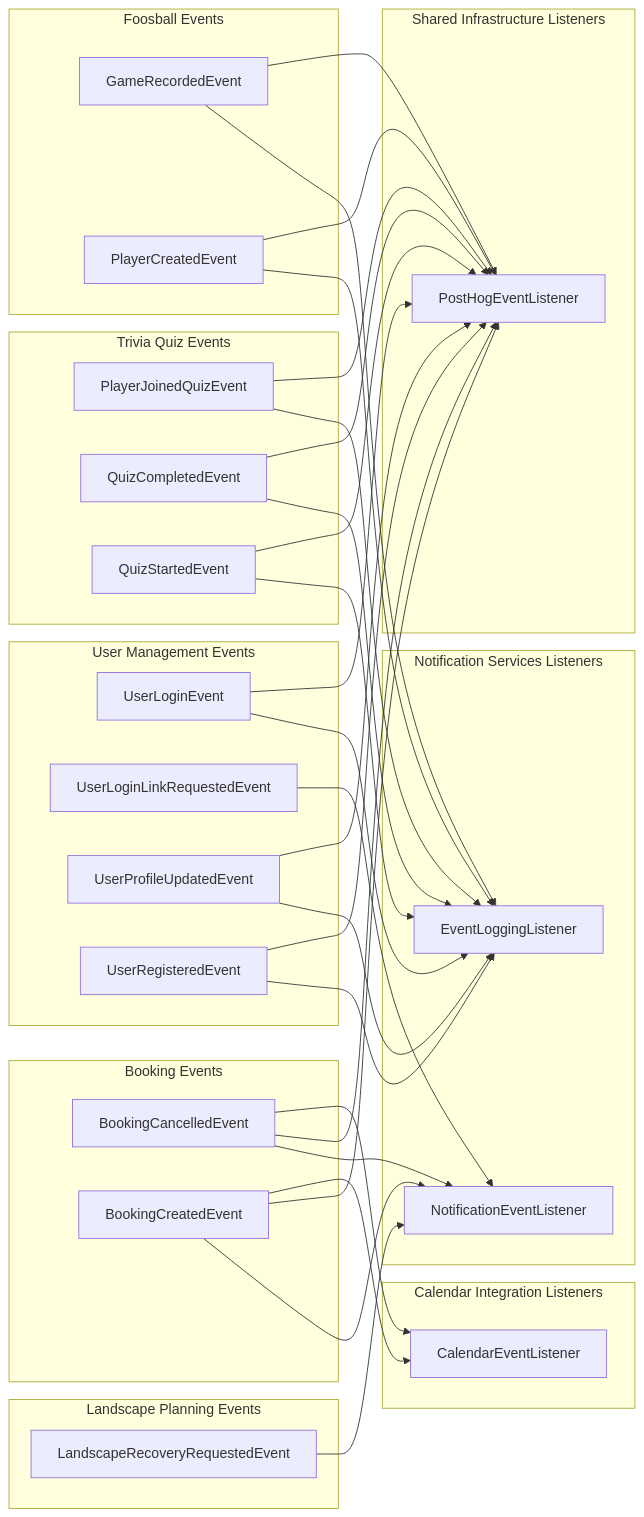
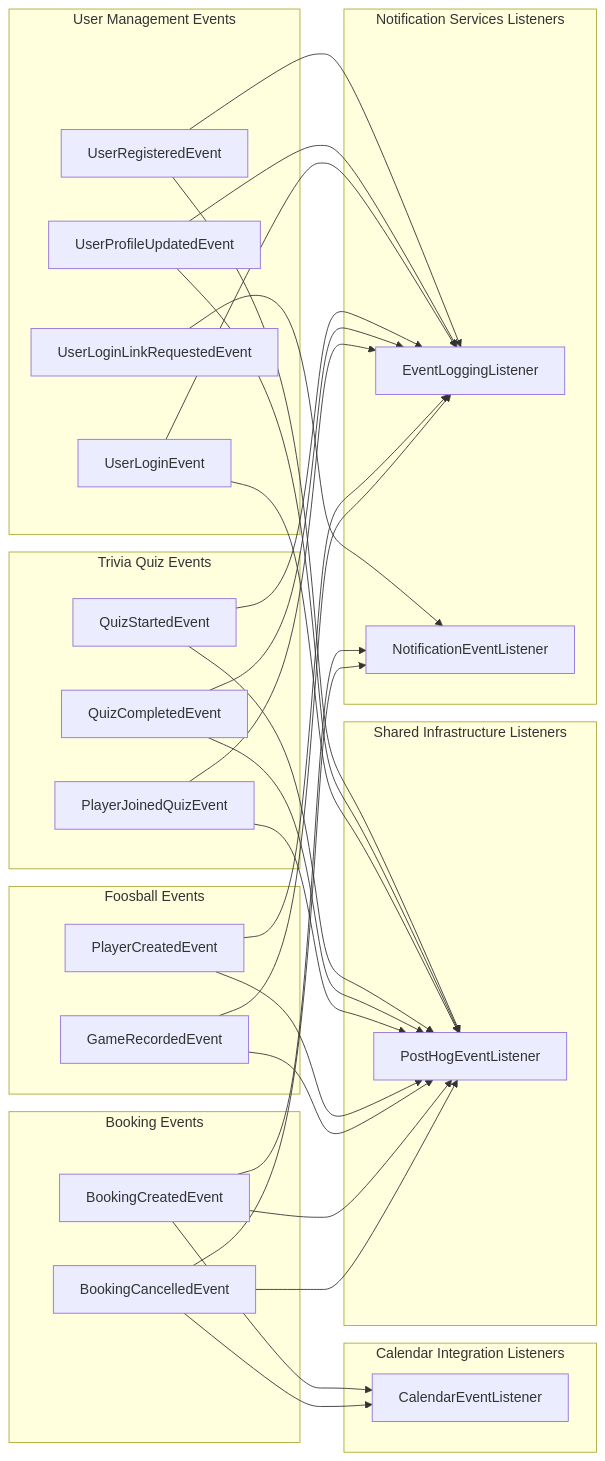
The diagram in docs/modulith-event-flow.md (SnapPetal/PersonalWeb), drawn with Mermaid before and after one commit. The commit also changed 18 other files, not shown here.

Commit message:
Require magic link authentication for landscape

````diff
--- a/docs/modulith-event-flow.md
+++ b/docs/modulith-event-flow.md
@@ -5,59 +5,55 @@
 ```mermaid
 flowchart LR
   subgraph Booking_events["Booking Events"]
     biz_thonbecker_personal_booking_api_BookingCancelledEvent["BookingCancelledEvent"]
     biz_thonbecker_personal_booking_api_BookingCreatedEvent["BookingCreatedEvent"]
   end
   subgraph Foosball_events["Foosball Events"]
     biz_thonbecker_personal_foosball_api_GameRecordedEvent["GameRecordedEvent"]
     biz_thonbecker_personal_foosball_api_PlayerCreatedEvent["PlayerCreatedEvent"]
-  end
-  subgraph Landscape_Planning_events["Landscape Planning Events"]
-    biz_thonbecker_personal_landscape_api_LandscapeRecoveryRequestedEvent["LandscapeRecoveryRequestedEvent"]
   end
   subgraph Trivia_Quiz_events["Trivia Quiz Events"]
     biz_thonbecker_personal_trivia_api_PlayerJoinedQuizEvent["PlayerJoinedQuizEvent"]
     biz_thonbecker_personal_trivia_api_QuizCompletedEvent["QuizCompletedEvent"]
     biz_thonbecker_personal_trivia_api_QuizStartedEvent["QuizStartedEvent"]
   end
   subgraph User_Management_events["User Management Events"]
     biz_thonbecker_personal_user_api_UserLoginEvent["UserLoginEvent"]
     biz_thonbecker_personal_user_api_UserLoginLinkRequestedEvent["UserLoginLinkRequestedEvent"]
     biz_thonbecker_personal_user_api_UserProfileUpdatedEvent["UserProfileUpdatedEvent"]
     biz_thonbecker_personal_user_api_UserRegisteredEvent["UserRegisteredEvent"]
   end
   subgraph Calendar_Integration_listeners["Calendar Integration Listeners"]
     biz_thonbecker_personal_calendar_platform_CalendarEventListener["CalendarEventListener"]
   end
   subgraph Notification_Services_listeners["Notification Services Listeners"]
     biz_thonbecker_personal_notification_api_EventLoggingListener["EventLoggingListener"]
     biz_thonbecker_personal_notification_api_NotificationEventListener["NotificationEventListener"]
   end
   subgraph Shared_Infrastructure_listeners["Shared Infrastructure Listeners"]
     biz_thonbecker_personal_shared_platform_service_PostHogEventListener["PostHogEventListener"]
   end
   biz_thonbecker_personal_booking_api_BookingCancelledEvent --> biz_thonbecker_personal_calendar_platform_CalendarEventListener
   biz_thonbecker_personal_booking_api_BookingCreatedEvent --> biz_thonbecker_personal_calendar_platform_CalendarEventListener
+  biz_thonbecker_personal_booking_api_BookingCancelledEvent --> biz_thonbecker_personal_notification_api_NotificationEventListener
+  biz_thonbecker_personal_booking_api_BookingCreatedEvent --> biz_thonbecker_personal_notification_api_NotificationEventListener
+  biz_thonbecker_personal_foosball_api_GameRecordedEvent --> biz_thonbecker_personal_notification_api_EventLoggingListener
+  biz_thonbecker_personal_foosball_api_PlayerCreatedEvent --> biz_thonbecker_personal_notification_api_EventLoggingListener
+  biz_thonbecker_personal_trivia_api_PlayerJoinedQuizEvent --> biz_thonbecker_personal_notification_api_EventLoggingListener
+  biz_thonbecker_personal_trivia_api_QuizCompletedEvent --> biz_thonbecker_personal_notification_api_EventLoggingListener
+  biz_thonbecker_personal_trivia_api_QuizStartedEvent --> biz_thonbecker_personal_notification_api_EventLoggingListener
+  biz_thonbecker_personal_user_api_UserLoginEvent --> biz_thonbecker_personal_notification_api_EventLoggingListener
+  biz_thonbecker_personal_user_api_UserProfileUpdatedEvent --> biz_thonbecker_personal_notification_api_EventLoggingListener
+  biz_thonbecker_personal_user_api_UserRegisteredEvent --> biz_thonbecker_personal_notification_api_EventLoggingListener
+  biz_thonbecker_personal_user_api_UserLoginLinkRequestedEvent --> biz_thonbecker_personal_notification_api_NotificationEventListener
   biz_thonbecker_personal_booking_api_BookingCancelledEvent --> biz_thonbecker_personal_shared_platform_service_PostHogEventListener
   biz_thonbecker_personal_booking_api_BookingCreatedEvent --> biz_thonbecker_personal_shared_platform_service_PostHogEventListener
   biz_thonbecker_personal_foosball_api_GameRecordedEvent --> biz_thonbecker_personal_shared_platform_service_PostHogEventListener
   biz_thonbecker_personal_foosball_api_PlayerCreatedEvent --> biz_thonbecker_personal_shared_platform_service_PostHogEventListener
   biz_thonbecker_personal_trivia_api_PlayerJoinedQuizEvent --> biz_thonbecker_personal_shared_platform_service_PostHogEventListener
   biz_thonbecker_personal_trivia_api_QuizCompletedEvent --> biz_thonbecker_personal_shared_platform_service_PostHogEventListener
   biz_thonbecker_personal_trivia_api_QuizStartedEvent --> biz_thonbecker_personal_shared_platform_service_PostHogEventListener
   biz_thonbecker_personal_user_api_UserLoginEvent --> biz_thonbecker_personal_shared_platform_service_PostHogEventListener
   biz_thonbecker_personal_user_api_UserProfileUpdatedEvent --> biz_thonbecker_personal_shared_platform_service_PostHogEventListener
   biz_thonbecker_personal_user_api_UserRegisteredEvent --> biz_thonbecker_personal_shared_platform_service_PostHogEventListener
-  biz_thonbecker_personal_booking_api_BookingCancelledEvent --> biz_thonbecker_personal_notification_api_NotificationEventListener
-  biz_thonbecker_personal_booking_api_BookingCreatedEvent --> biz_thonbecker_personal_notification_api_NotificationEventListener
-  biz_thonbecker_personal_foosball_api_GameRecordedEvent --> biz_thonbecker_personal_notification_api_EventLoggingListener
-  biz_thonbecker_personal_foosball_api_PlayerCreatedEvent --> biz_thonbecker_personal_notification_api_EventLoggingListener
-  biz_thonbecker_personal_landscape_api_LandscapeRecoveryRequestedEvent --> biz_thonbecker_personal_notification_api_NotificationEventListener
-  biz_thonbecker_personal_trivia_api_PlayerJoinedQuizEvent --> biz_thonbecker_personal_notification_api_EventLoggingListener
-  biz_thonbecker_personal_trivia_api_QuizCompletedEvent --> biz_thonbecker_personal_notification_api_EventLoggingListener
-  biz_thonbecker_personal_trivia_api_QuizStartedEvent --> biz_thonbecker_personal_notification_api_EventLoggingListener
-  biz_thonbecker_personal_user_api_UserLoginEvent --> biz_thonbecker_personal_notification_api_EventLoggingListener
-  biz_thonbecker_personal_user_api_UserProfileUpdatedEvent --> biz_thonbecker_personal_notification_api_EventLoggingListener
-  biz_thonbecker_personal_user_api_UserRegisteredEvent --> biz_thonbecker_personal_notification_api_EventLoggingListener
-  biz_thonbecker_personal_user_api_UserLoginLinkRequestedEvent --> biz_thonbecker_personal_notification_api_NotificationEventListener
 ```
````
